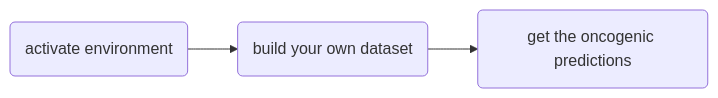
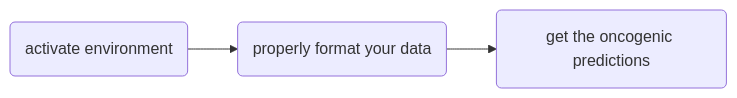
One commit to martalovino/ChimerDriver changed the diagram in README.md. Above: the diagram before and after it, drawn with Mermaid. The commit also changed other lines of this file and 6 other files, not shown here.

````diff
--- a/README.md
+++ b/README.md
@@ -89,5 +93,5 @@
 ```mermaid
 graph LR
-A(activate environment) --> B(build your own dataset)
+A(activate environment) --> B(properly format your data)
 B --> C(get the oncogenic predictions)
 ```
````
